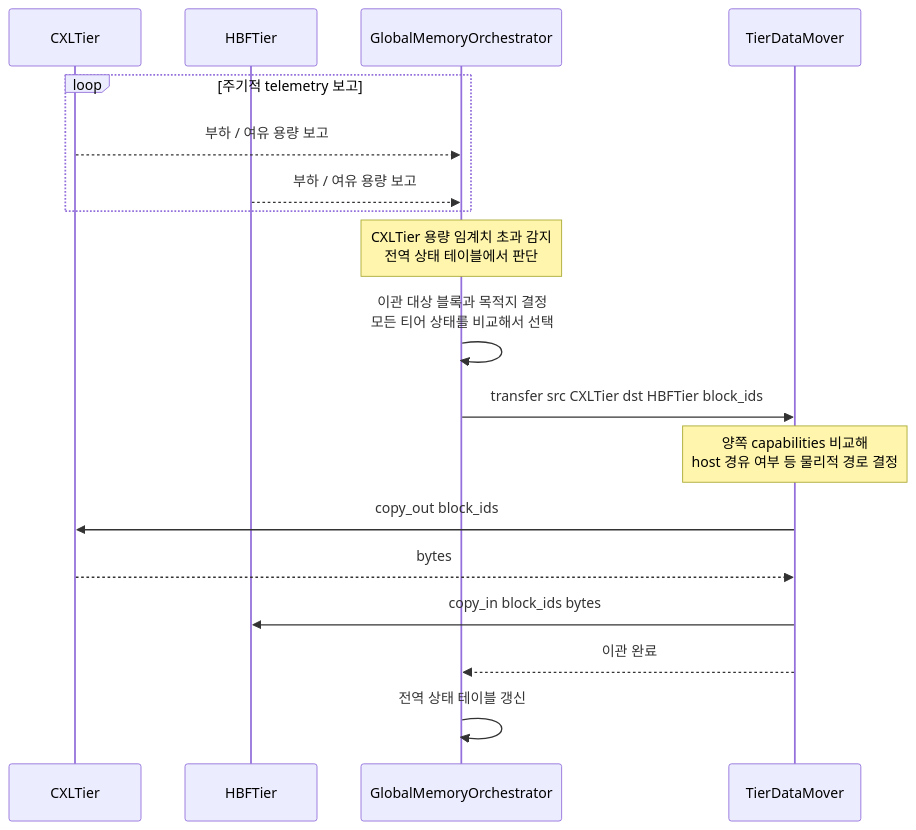
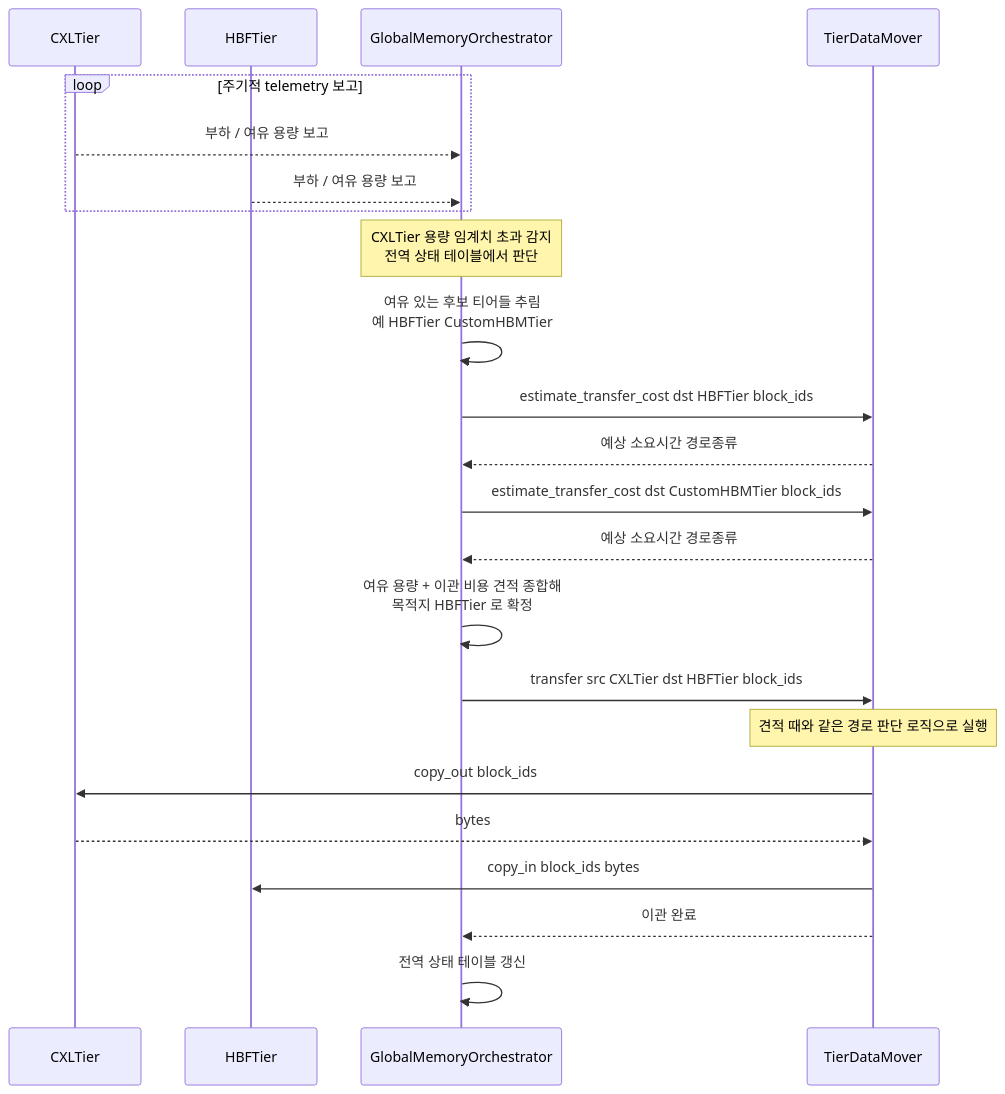
The second of 4 diagrams in doc-mk/vllm-memory-coordination-locus-candidates.md (mkim0628/vllm), drawn with Mermaid before and after one commit. The commit also changed other lines of this file and 3 other files, not shown here.

````diff
--- a/doc-mk/vllm-memory-coordination-locus-candidates.md
+++ b/doc-mk/vllm-memory-coordination-locus-candidates.md
@@ -129,22 +142,27 @@
 ```mermaid
 sequenceDiagram
     participant CXLT as CXLTier
     participant HBFT as HBFTier
     participant ORCH as GlobalMemoryOrchestrator
     participant MOVER as TierDataMover
 
     loop 주기적 telemetry 보고
         CXLT-->>ORCH: 부하 / 여유 용량 보고
         HBFT-->>ORCH: 부하 / 여유 용량 보고
     end
 
     Note over ORCH: CXLTier 용량 임계치 초과 감지<br/>전역 상태 테이블에서 판단
-    ORCH->>ORCH: 이관 대상 블록과 목적지 결정<br/>모든 티어 상태를 비교해서 선택
+    ORCH->>ORCH: 여유 있는 후보 티어들 추림<br/>예 HBFTier CustomHBMTier
+    ORCH->>MOVER: estimate_transfer_cost dst HBFTier block_ids
+    MOVER-->>ORCH: 예상 소요시간 경로종류
+    ORCH->>MOVER: estimate_transfer_cost dst CustomHBMTier block_ids
+    MOVER-->>ORCH: 예상 소요시간 경로종류
+    ORCH->>ORCH: 여유 용량 + 이관 비용 견적 종합해<br/>목적지 HBFTier 로 확정
     ORCH->>MOVER: transfer src CXLTier dst HBFTier block_ids
-    Note over MOVER: 양쪽 capabilities 비교해<br/>host 경유 여부 등 물리적 경로 결정
+    Note over MOVER: 견적 때와 같은 경로 판단 로직으로 실행
     MOVER->>CXLT: copy_out block_ids
     CXLT-->>MOVER: bytes
     MOVER->>HBFT: copy_in block_ids bytes
     MOVER-->>ORCH: 이관 완료
     ORCH->>ORCH: 전역 상태 테이블 갱신
 ```
````
